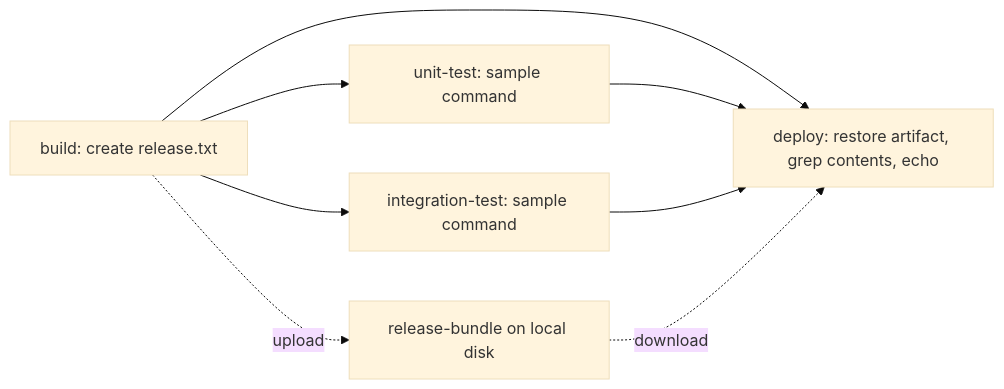
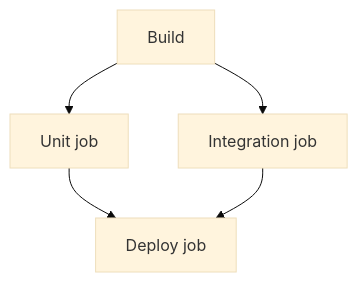
Before and after one commit to adarshbam/ci-cd-pipeline-engine: the second of 2 diagrams in docs/ARCHITECTURE.md, drawn with Mermaid (base theme). The commit also changed other lines of this file and 7 other files, not shown here.

Commit message:
docs: clarify workflows, setup, and architecture [skip ci] [skip netlify]

````diff
--- a/docs/ARCHITECTURE.md
+++ b/docs/ARCHITECTURE.md
@@ -73,10 +43,7 @@
 ```mermaid
-flowchart LR
-    Build[build: create release.txt] --> Unit[unit-test: sample command]
-    Build --> Integration[integration-test: sample command]
-    Build --> Deploy[deploy: restore artifact, grep contents, echo]
-    Unit --> Deploy
+flowchart TD
+    Build[Build] --> Unit[Unit job]
+    Build --> Integration[Integration job]
+    Unit --> Deploy[Deploy job]
     Integration --> Deploy
-    Build -. upload .-> Artifact[release-bundle on local disk]
-    Artifact -. download .-> Deploy
 ```
````
